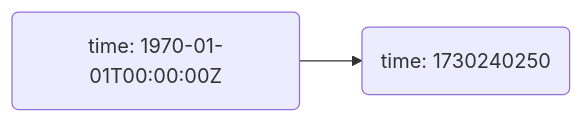
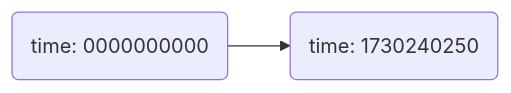
Before and after one commit to evan-bradley/ottl-cookbook: the diagram in code/parse-json-2-time.mmd, drawn with Mermaid.

Commit message:
Use epoch time

```diff
--- a/code/parse-json-2-time.mmd
+++ b/code/parse-json-2-time.mmd
@@ -1,4 +1,4 @@
 flowchart LR
-    log4(time: 1970-01-01T00:00:00Z)
+    log4(time: 0000000000)
     log5(time: 1730240250)
     log4 --> log5
```
